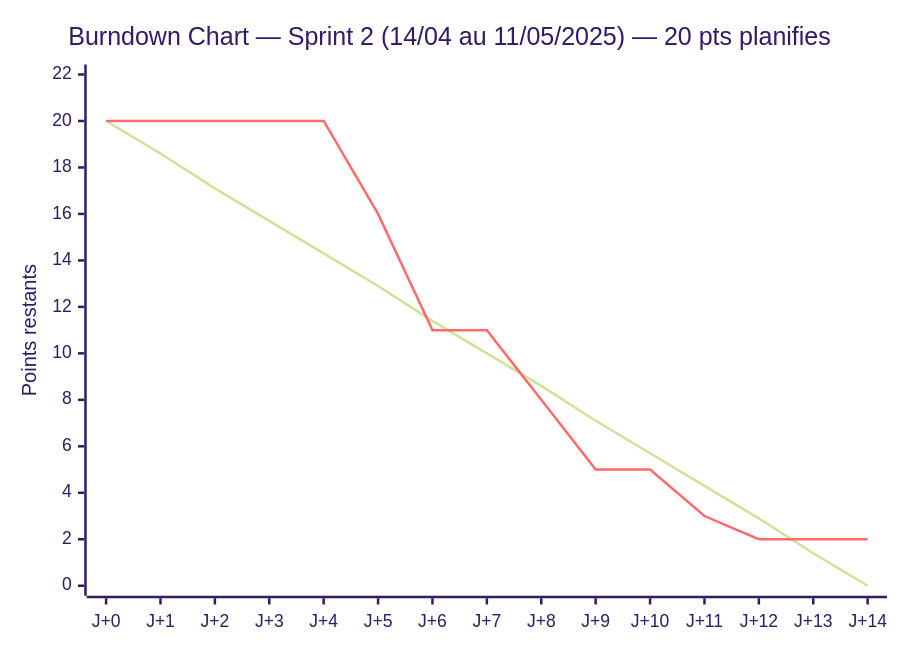
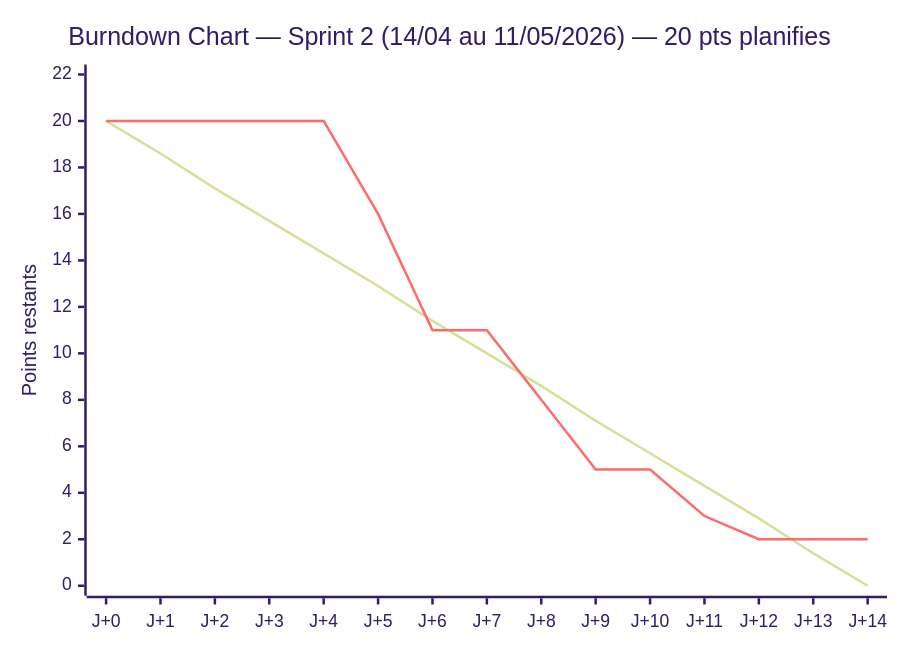
Before and after one commit to POWLAIR/management-projet-numerique: diagram 12 of 12 in docs md/Dossier_Projet_B2B_FINAL.md, drawn with Mermaid (forest theme). The commit also changed other lines of this file, not shown here.

Commit message:
docs: update project timeline, budget, and milestones to reflect revised 2026 delivery dates

````diff
--- a/docs md/Dossier_Projet_B2B_FINAL.md
+++ b/docs md/Dossier_Projet_B2B_FINAL.md
@@ -861,8 +861,8 @@
 ```mermaid
 xychart-beta
-    title "Burndown Chart — Sprint 2 (14/04 au 11/05/2025) — 20 pts planifies"
+    title "Burndown Chart — Sprint 2 (14/04 au 11/05/2026) — 20 pts planifies"
     x-axis ["J+0", "J+1", "J+2", "J+3", "J+4", "J+5", "J+6", "J+7", "J+8", "J+9", "J+10", "J+11", "J+12", "J+13", "J+14"]
     y-axis "Points restants" 0 --> 22
     line [20, 18.6, 17.1, 15.7, 14.3, 12.9, 11.4, 10.0, 8.6, 7.1, 5.7, 4.3, 2.9, 1.4, 0]
     line [20, 20, 20, 20, 20, 16, 11, 11, 8, 5, 5, 3, 2, 2, 2]
 ```
````
